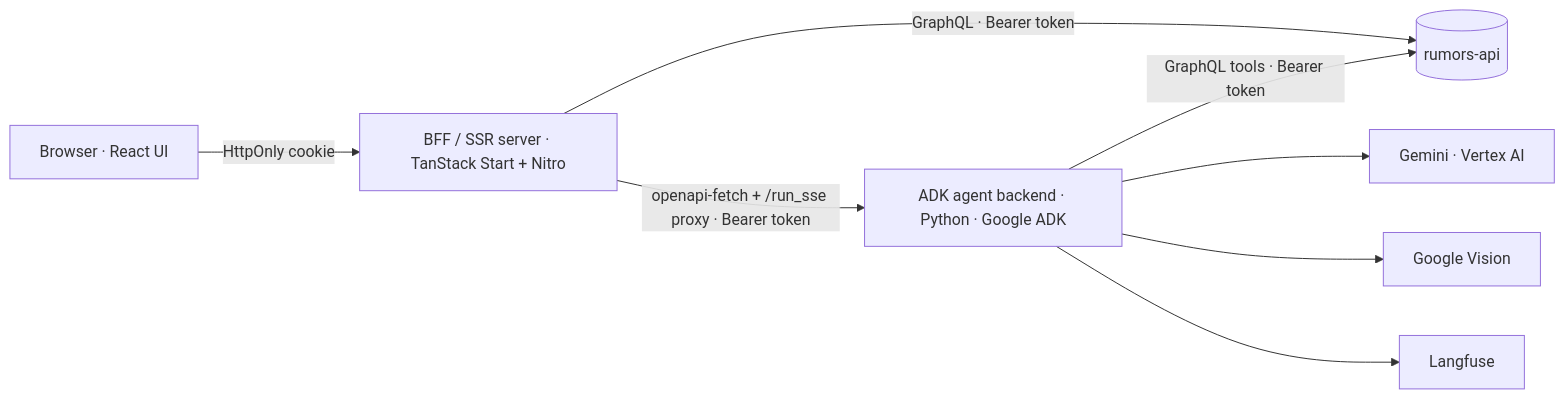
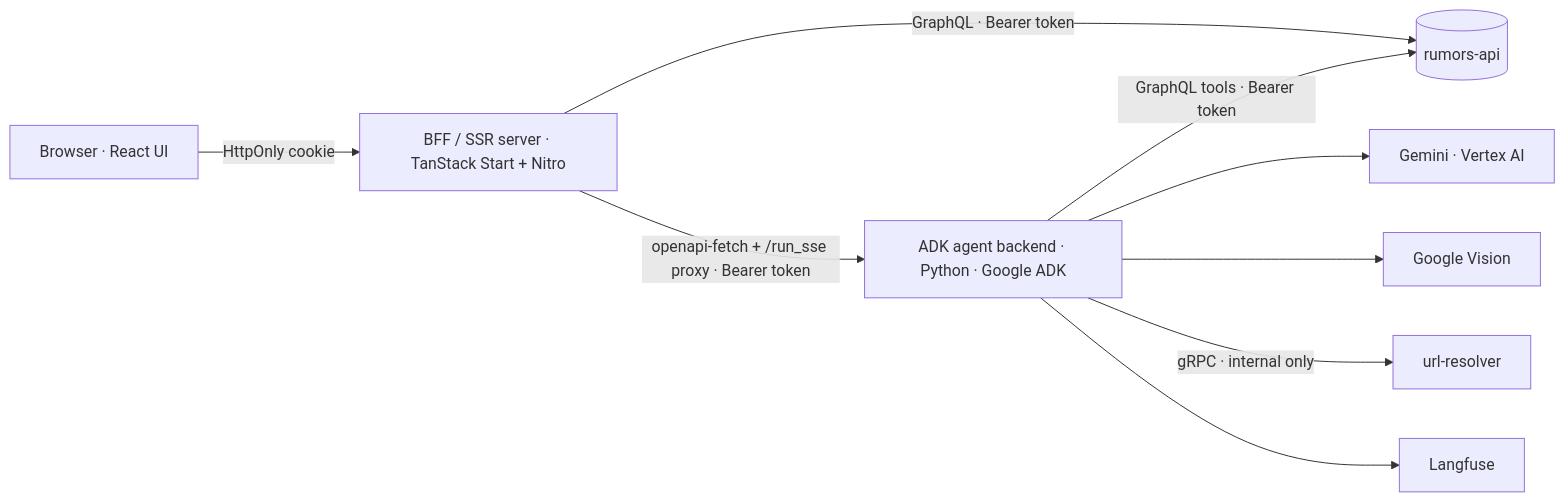
One commit to cofacts/ai changed the diagram in docs/index.md. Above: the diagram before and after it, drawn with Mermaid. The commit also changed other lines of this file and 3 other files, not shown here.

````diff
--- a/docs/index.md
+++ b/docs/index.md
@@ -15,10 +15,11 @@
 ```mermaid
 flowchart LR
     B[Browser · React UI] -->|HttpOnly cookie| BFF[BFF / SSR server · TanStack Start + Nitro]
     BFF -->|openapi-fetch + /run_sse proxy · Bearer token| ADK[ADK agent backend · Python · Google ADK]
     BFF -->|GraphQL · Bearer token| API[(rumors-api)]
     ADK -->|GraphQL tools · Bearer token| API
     ADK --> GEM[Gemini · Vertex AI]
     ADK --> VIS[Google Vision]
+    ADK -->|gRPC · internal only| UR[url-resolver]
     ADK --> LF[Langfuse]
 ```
````
